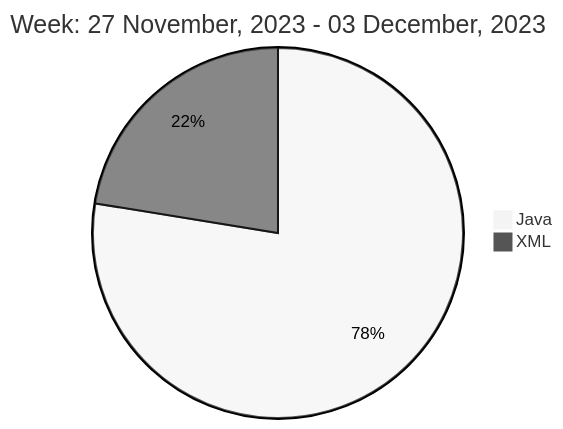
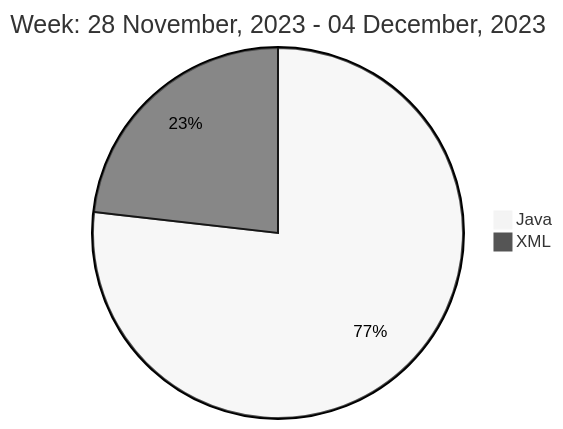
One commit to liubin95/liubin95 changed the diagram in README.md. Above: the diagram before and after it, drawn with Mermaid (neutral theme).

Commit message:
Updated the Graph with new Metrics

````diff
--- a/README.md
+++ b/README.md
@@ -37,6 +37,6 @@
 ```mermaid
  pie
-title Week: 27 November, 2023 - 03 December, 2023
- "Java" : 6.67
- "XML" : 1.93
+title Week: 28 November, 2023 - 04 December, 2023
+ "Java" : 7.62
+ "XML" : 2.3
 ```
````
